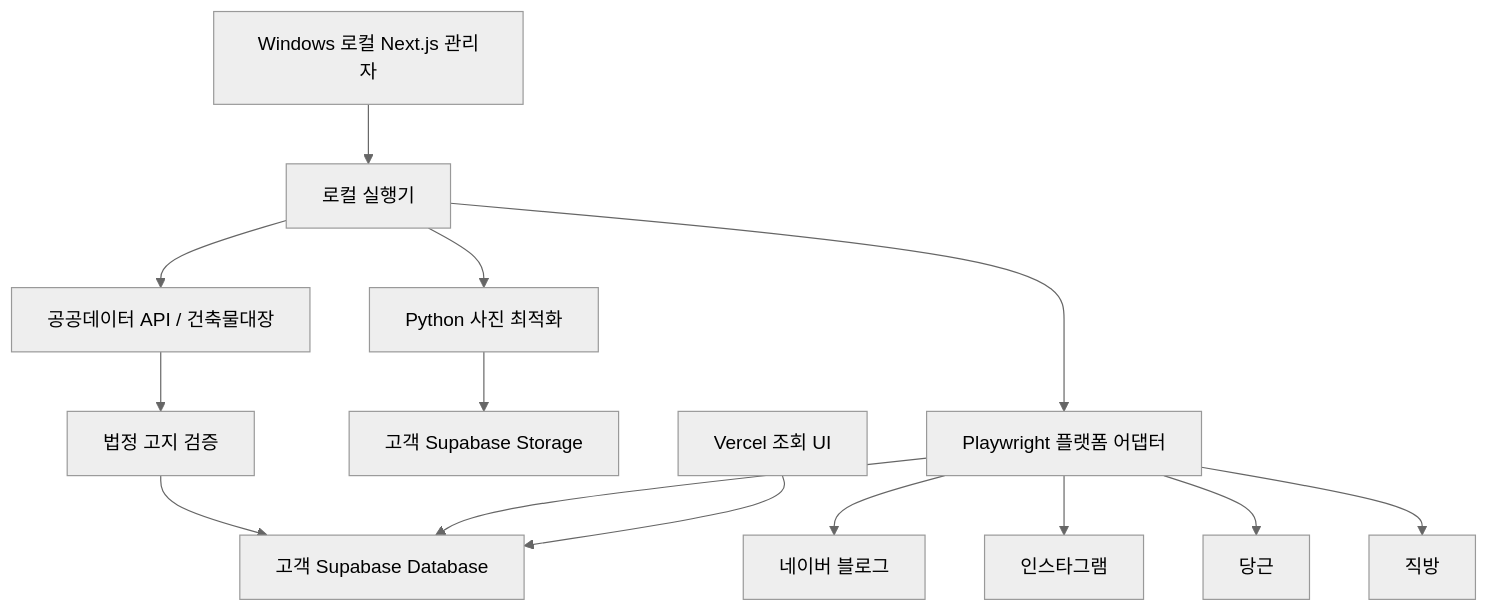
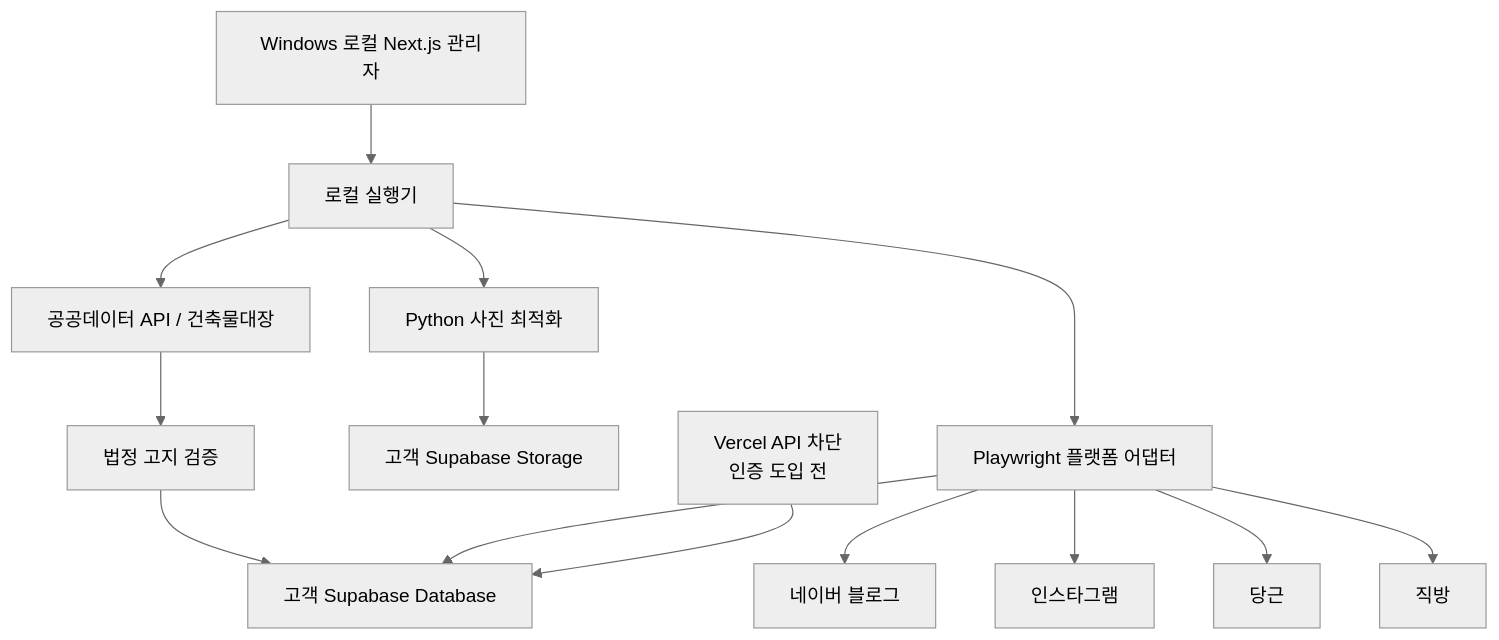
Before and after one commit to digiwood7/barjung: the diagram in PRD.MD, drawn with Mermaid (neutral theme). The commit also changed other lines of this file and 23 other files, not shown here.

````diff
--- a/PRD.MD
+++ b/PRD.MD
@@ -84,16 +84,16 @@
 ```mermaid
 flowchart TD
     A[Windows 로컬 Next.js 관리자] --> B[로컬 실행기]
     B --> C[Python 사진 최적화]
     B --> D[공공데이터 API / 건축물대장]
     B --> E[Playwright 플랫폼 어댑터]
     C --> F[고객 Supabase Storage]
     D --> G[법정 고지 검증]
     G --> H[고객 Supabase Database]
     E --> I[네이버 블로그]
     E --> J[인스타그램]
     E --> K[당근]
     E --> L[직방]
     E --> H
-    M[Vercel 조회 UI] --> H
+    M[Vercel API 차단<br/>인증 도입 전] --> H
 ```
````
